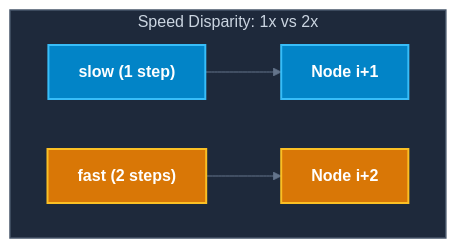
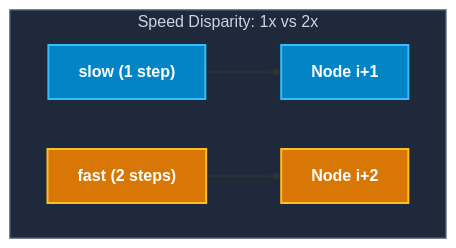
One commit to abhinavbharti2345/CS_Notes changed the first of 2 diagrams in CS/DSA/03. Linked Lists/02. Linked List Patterns.md. Above: the diagram before and after it, drawn with Mermaid. The commit also changed other lines of this file and 91 other files, not shown here.

````diff
--- a/CS/DSA/03. Linked Lists/02. Linked List Patterns.md
+++ b/CS/DSA/03. Linked Lists/02. Linked List Patterns.md
@@ -75,16 +75,15 @@
 ```mermaid
-%%{init: {'theme': 'base', 'themeVariables': { 'darkMode': true, 'background': '#0B0F14', 'mainBkg': '#111827', 'primaryColor': '#111827', 'primaryTextColor': '#F8FAFC', 'primaryBorderColor': '#38BDF8', 'lineColor': '#64748B', 'secondaryColor': '#0B0F14', 'tertiaryColor': '#0B0F14', 'clusterBkg': '#0B0F14', 'clusterBorder': '#38BDF8' }}}%%
 flowchart LR
     subgraph StepTrace ["Speed Disparity: 1x vs 2x"]
         direction LR
         S["<b>slow (1 step)</b>"] --> N1["<b>Node i+1</b>"]
         F["<b>fast (2 steps)</b>"] --> N2["<b>Node i+2</b>"]
     end
 
     style StepTrace fill:#1e293b,stroke:#475569,stroke-width:1.5px,color:#cbd5e1
 
     classDef slowBox fill:#0284c7,stroke:#38bdf8,stroke-width:2px,color:#ffffff;
     classDef fastBox fill:#d97706,stroke:#fbbf24,stroke-width:2px,color:#ffffff;
     class S,N1 slowBox;
     class F,N2 fastBox;
 ```
````
